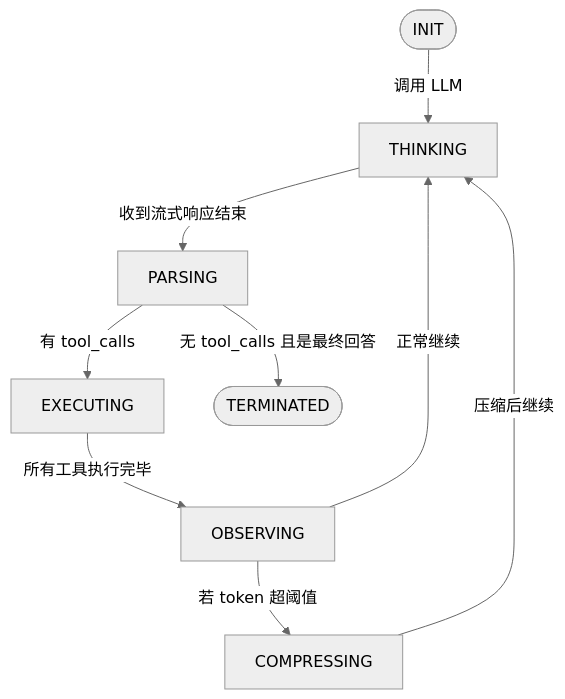
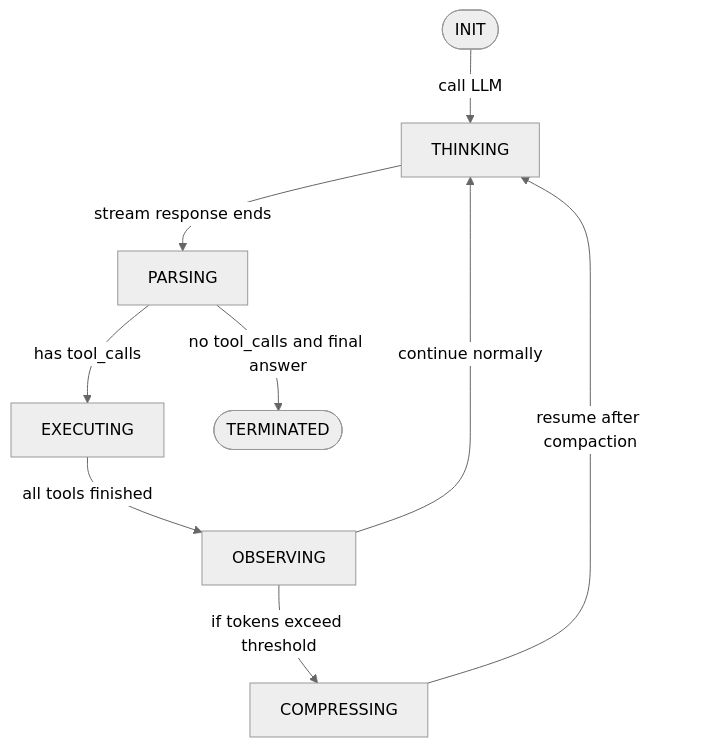
Before and after one commit to holny/Agent-Harness-Develop-Book: the fifth of 46 diagrams in README.md, drawn with Mermaid (neutral theme). The commit also changed other lines of this file and 66 other files, not shown here.

Commit message:
Add English edition (default) with Chinese version, redraw 8 interactive diagrams in English, translate mermaid/ASCII diagrams and code comments

````diff
--- a/README.md
+++ b/README.md
@@ -814,11 +871,11 @@
 ```mermaid
 graph TD
-    INIT([INIT]) -->|调用 LLM| THINKING
-    THINKING -->|收到流式响应结束| PARSING
-    PARSING -->|有 tool_calls| EXECUTING
-    PARSING -->|无 tool_calls 且是最终回答| TERMINATED([TERMINATED])
-    EXECUTING -->|所有工具执行完毕| OBSERVING
-    OBSERVING -->|若 token 超阈值| COMPRESSING
-    OBSERVING -->|正常继续| THINKING
-    COMPRESSING -->|压缩后继续| THINKING
+    INIT([INIT]) -->|call LLM| THINKING
+    THINKING -->|stream response ends| PARSING
+    PARSING -->|has tool_calls| EXECUTING
+    PARSING -->|no tool_calls and final answer| TERMINATED([TERMINATED])
+    EXECUTING -->|all tools finished| OBSERVING
+    OBSERVING -->|if tokens exceed threshold| COMPRESSING
+    OBSERVING -->|continue normally| THINKING
+    COMPRESSING -->|resume after compaction| THINKING
 ```
````
